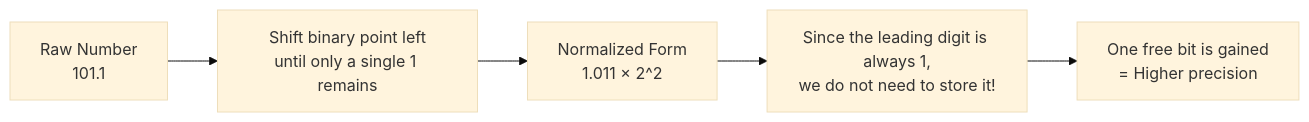
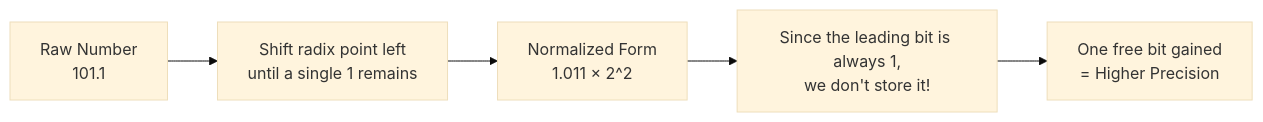
One commit to Mohammad-Khoshroo/number-systems changed the third of 8 diagrams in FLP.md. Above: the diagram before and after it, drawn with Mermaid (base theme). The commit also changed other lines of this file and 1 other file, not shown here.

````diff
--- a/FLP.md
+++ b/FLP.md
@@ -143,7 +109,7 @@
 ```mermaid
 flowchart LR
-    A["Raw Number<br/>101.1"] --> B["Shift binary point left<br/>until only a single 1 remains"]
+    A["Raw Number<br/>101.1"] --> B["Shift radix point left<br/>until a single 1 remains"]
     B --> C["Normalized Form<br/>1.011 × 2^2"]
-    C --> D["Since the leading digit is always 1,<br/>we do not need to store it!"]
-    D --> E["One free bit is gained<br/>= Higher precision"]
+    C --> D["Since the leading bit is always 1,<br/>we don't store it!"]
+    D --> E["One free bit gained<br/>= Higher Precision"]
 ```
````
